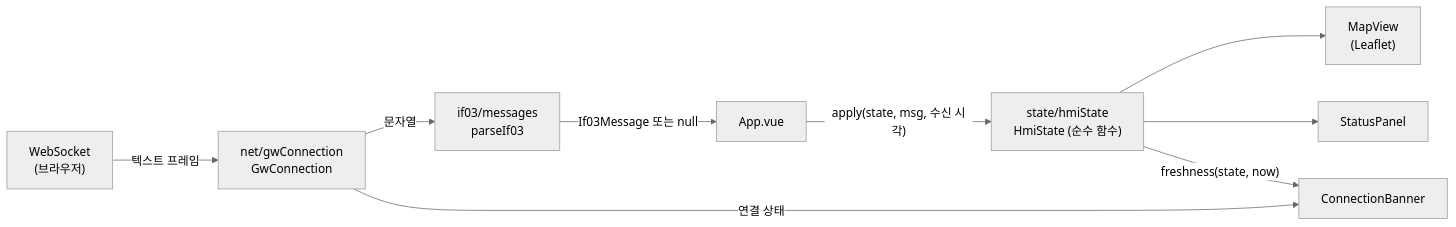
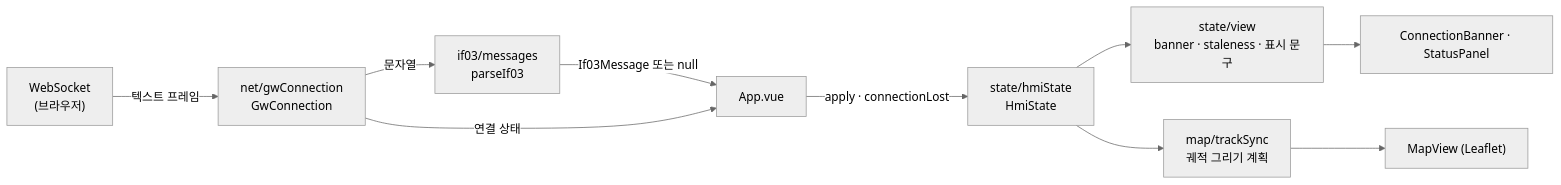
One commit to PuniPaw/ugv-control-hmi changed the fifth of 6 diagrams in docs/03_SDD.md. Above: the diagram before and after it, drawn with Mermaid (neutral theme). The commit also changed other lines of this file and 6 other files, not shown here.

````diff
--- a/docs/03_SDD.md
+++ b/docs/03_SDD.md
@@ -186,11 +187,12 @@
 ```mermaid
 flowchart LR
     WS["WebSocket<br/>(브라우저)"] -->|텍스트 프레임| CONN["net/gwConnection<br/>GwConnection"]
     CONN -->|문자열| PARSE["if03/messages<br/>parseIf03"]
     PARSE -->|If03Message 또는 null| APP["App.vue"]
-    APP -->|"apply(state, msg, 수신 시각)"| STATE["state/hmiState<br/>HmiState (순수 함수)"]
-    STATE --> MAP["MapView<br/>(Leaflet)"]
-    STATE --> PANEL["StatusPanel"]
-    CONN -->|연결 상태| BANNER["ConnectionBanner"]
-    STATE -->|"freshness(state, now)"| BANNER
+    CONN -->|연결 상태| APP
+    APP -->|"apply · connectionLost"| STATE["state/hmiState<br/>HmiState"]
+    STATE --> VIEW["state/view<br/>banner · staleness · 표시 문구"]
+    STATE --> SYNC["map/trackSync<br/>궤적 그리기 계획"]
+    VIEW --> UI["ConnectionBanner · StatusPanel"]
+    SYNC --> MAP["MapView (Leaflet)"]
 ```
````
